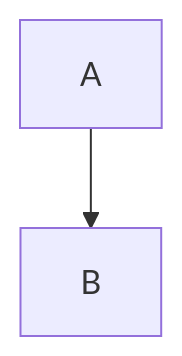
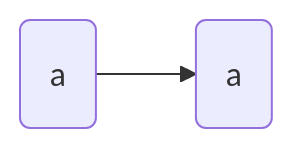
The diagram in content/_index.md (tvdk-sudoku/Year11Notes), drawn with Mermaid before and after one commit.

Commit message:
vault backup: 2023-03-24 11:38:54

````diff
--- a/content/_index.md
+++ b/content/_index.md
@@ -51,7 +51,7 @@
 ```mermaid
-graph
-A --> B
+graph LR
+A(a) --> B(a)
 
 
 
 ```
````
